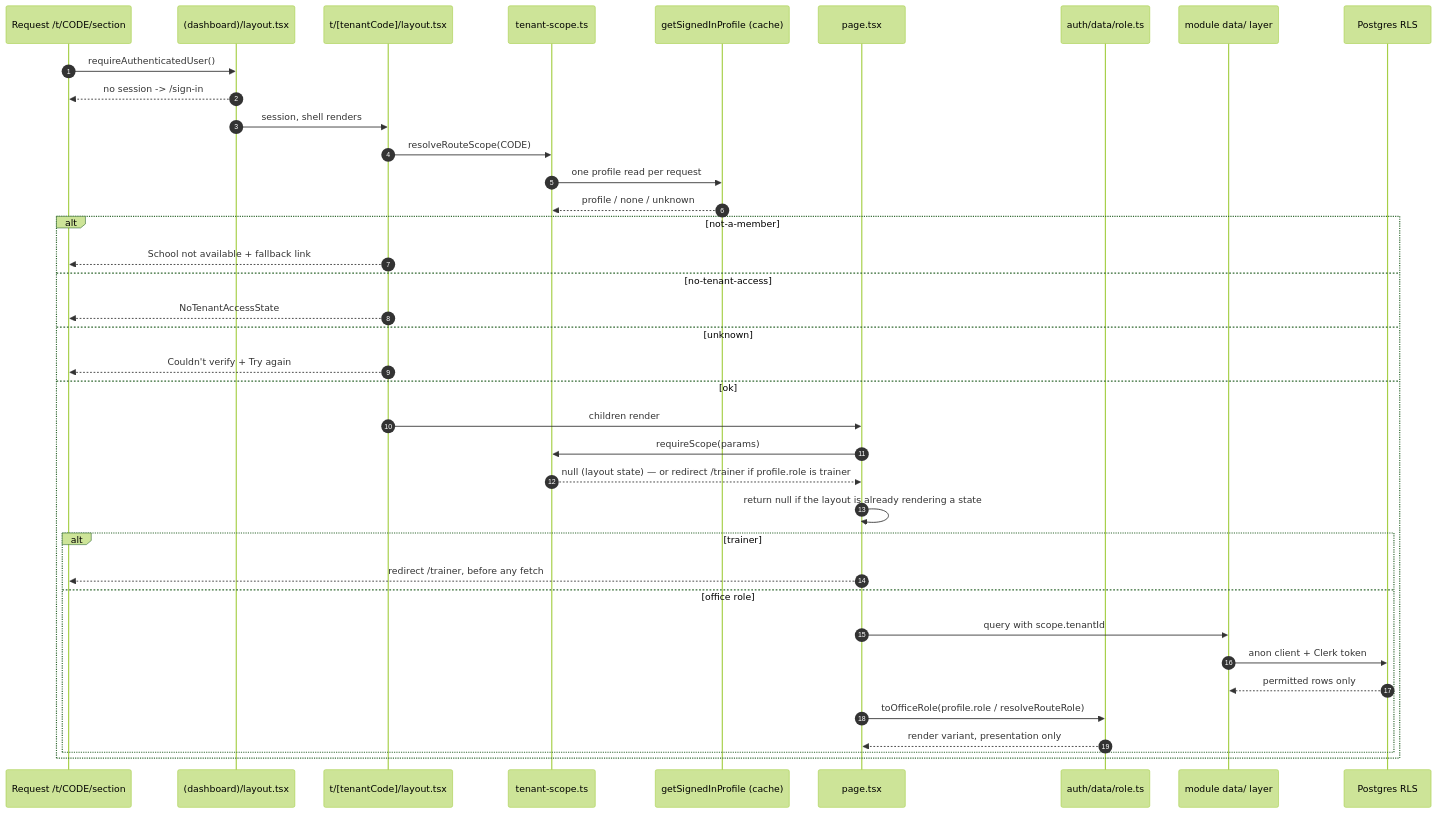
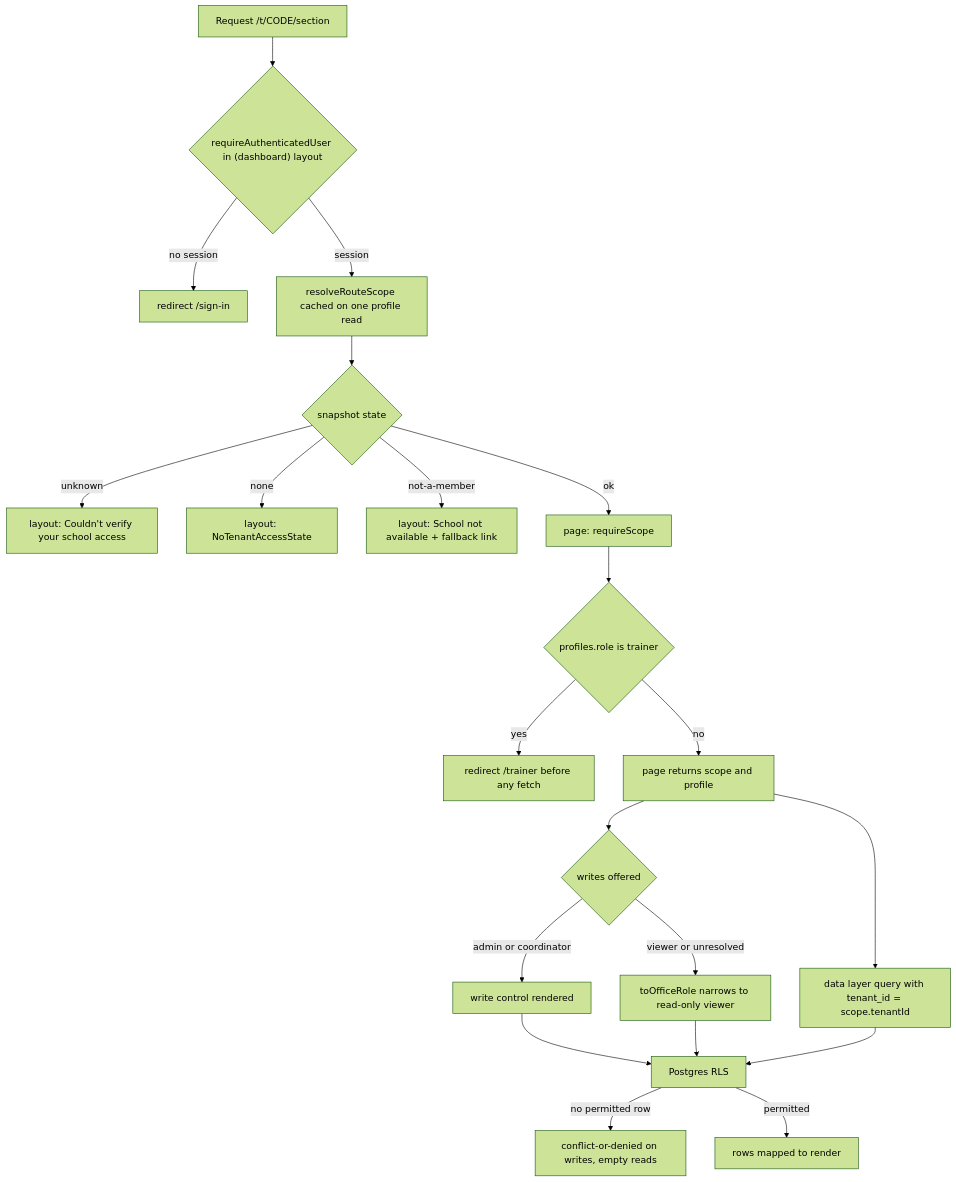
One commit to shuakyle21/tesda-compliance-manager changed the diagram in openwiki/workflows/tenant-scoping-and-role-authority.md. Above: the diagram before and after it, drawn with Mermaid (forest theme). The commit also changed other lines of this file and 44 other files, not shown here.

````diff
--- a/openwiki/workflows/tenant-scoping-and-role-authority.md
+++ b/openwiki/workflows/tenant-scoping-and-role-authority.md
@@ -66,41 +98,23 @@
 ```mermaid
-sequenceDiagram
-    autonumber
-    participant Req as Request /t/CODE/section
-    participant Gate as (dashboard)/layout.tsx
-    participant SegL as t/[tenantCode]/layout.tsx
-    participant Ctx as tenant-scope.ts
-    participant Prof as getSignedInProfile (cache)
-    participant Page as page.tsx
-    participant Role as auth/data/role.ts
-    participant Data as module data/ layer
-    participant RLS as Postgres RLS
-
-    Req->>Gate: requireAuthenticatedUser()
-    Gate-->>Req: no session -> /sign-in
-    Gate->>SegL: session, shell renders
-    SegL->>Ctx: resolveRouteScope(CODE)
-    Ctx->>Prof: one profile read per request
-    Prof-->>Ctx: profile / none / unknown
-    alt not-a-member
-        SegL-->>Req: School not available + fallback link
-    else no-tenant-access
-        SegL-->>Req: NoTenantAccessState
-    else unknown
-        SegL-->>Req: Couldn't verify + Try again
-    else ok
-        SegL->>Page: children render
-        Page->>Ctx: requireScope(params)
-        Ctx-->>Page: null (layout state) — or redirect /trainer if profile.role is trainer
-        Page->>Page: return null if the layout is already rendering a state
-        alt trainer
-            Page-->>Req: redirect /trainer, before any fetch
-        else office role
-            Page->>Data: query with scope.tenantId
-            Data->>RLS: anon client + Clerk token
-            RLS-->>Data: permitted rows only
-            Page->>Role: toOfficeRole(profile.role / resolveRouteRole)
-            Role-->>Page: render variant, presentation only
-        end
-    end
+flowchart TD
+    A["Request /t/CODE/section"] --> B{"requireAuthenticatedUser in (dashboard) layout"}
+    B -- "no session" --> B1["redirect /sign-in"]
+    B -- "session" --> C["resolveRouteScope cached on one profile read"]
+    C --> D{"snapshot state"}
+    D -- "unknown" --> D1["layout: Couldn't verify your school access"]
+    D -- "none" --> D2["layout: NoTenantAccessState"]
+    D -- "not-a-member" --> D3["layout: School not available + fallback link"]
+    D -- "ok" --> E["page: requireScope"]
+    E --> F{"profiles.role is trainer"}
+    F -- "yes" --> F1["redirect /trainer before any fetch"]
+    F -- "no" --> G["page returns scope and profile"]
+    G --> H{"writes offered"}
+    H -- "admin or coordinator" --> H1["write control rendered"]
+    H -- "viewer or unresolved" --> H2["toOfficeRole narrows to read-only viewer"]
+    G --> I["data layer query with tenant_id = scope.tenantId"]
+    H1 --> J["Postgres RLS"]
+    H2 --> J
+    I --> J
+    J -- "no permitted row" --> J1["conflict-or-denied on writes, empty reads"]
+    J -- "permitted" --> K["rows mapped to render"]
 ```
````
